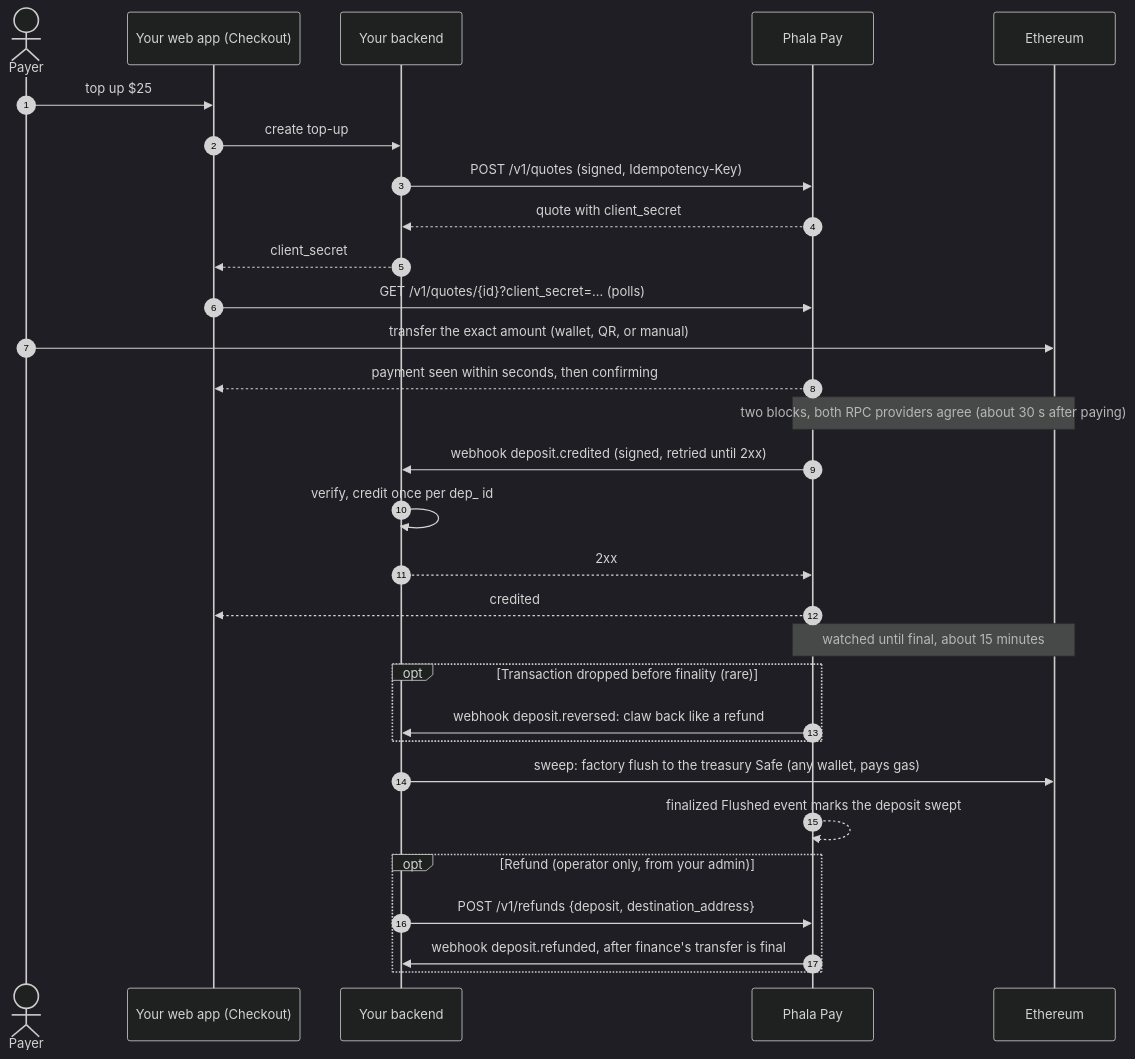
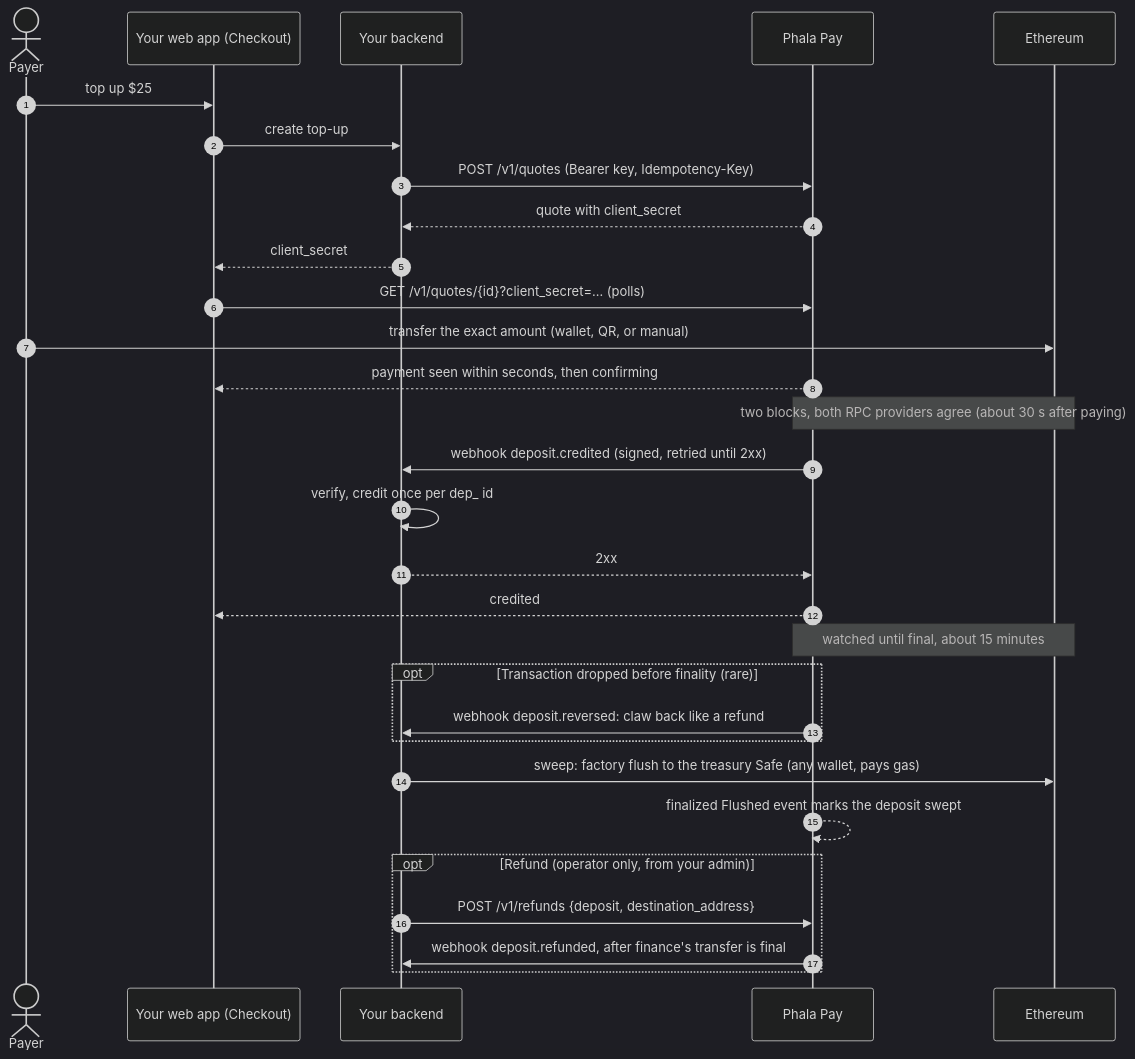
One commit to Phala-Network/crypto-topup-service changed the diagram in docs/integration.md. Above: the diagram before and after it, drawn with Mermaid (dark theme). The commit also changed other lines of this file and 106 other files, not shown here.

````diff
--- a/docs/integration.md
+++ b/docs/integration.md
@@ -129,32 +126,32 @@
 ```mermaid
 sequenceDiagram
     autonumber
     actor Payer
     participant UI as Your web app (Checkout)
     participant BE as Your backend
     participant PP as Phala Pay
     participant ETH as Ethereum
     Payer->>UI: top up $25
     UI->>BE: create top-up
-    BE->>PP: POST /v1/quotes (signed, Idempotency-Key)
+    BE->>PP: POST /v1/quotes (Bearer key, Idempotency-Key)
     PP-->>BE: quote with client_secret
     BE-->>UI: client_secret
     UI->>PP: GET /v1/quotes/{id}?client_secret=… (polls)
     Payer->>ETH: transfer the exact amount (wallet, QR, or manual)
     PP-->>UI: payment seen within seconds, then confirming
     Note over PP,ETH: two blocks, both RPC providers agree (about 30 s after paying)
     PP->>BE: webhook deposit.credited (signed, retried until 2xx)
     BE->>BE: verify, credit once per dep_ id
     BE-->>PP: 2xx
     PP-->>UI: credited
     Note over PP,ETH: watched until final, about 15 minutes
     opt Transaction dropped before finality (rare)
         PP->>BE: webhook deposit.reversed: claw back like a refund
     end
     BE->>ETH: sweep: factory flush to the treasury Safe (any wallet, pays gas)
     PP-->>PP: finalized Flushed event marks the deposit swept
     opt Refund (operator only, from your admin)
         BE->>PP: POST /v1/refunds {deposit, destination_address}
         PP->>BE: webhook deposit.refunded, after finance's transfer is final
     end
 ```
````
